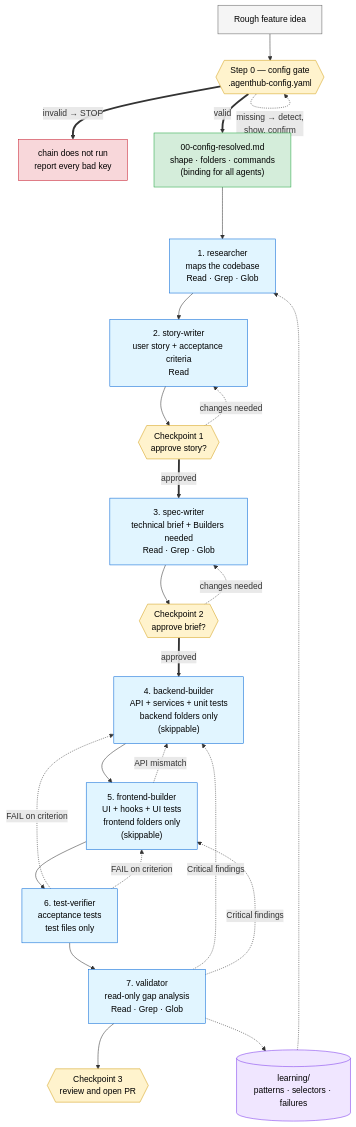
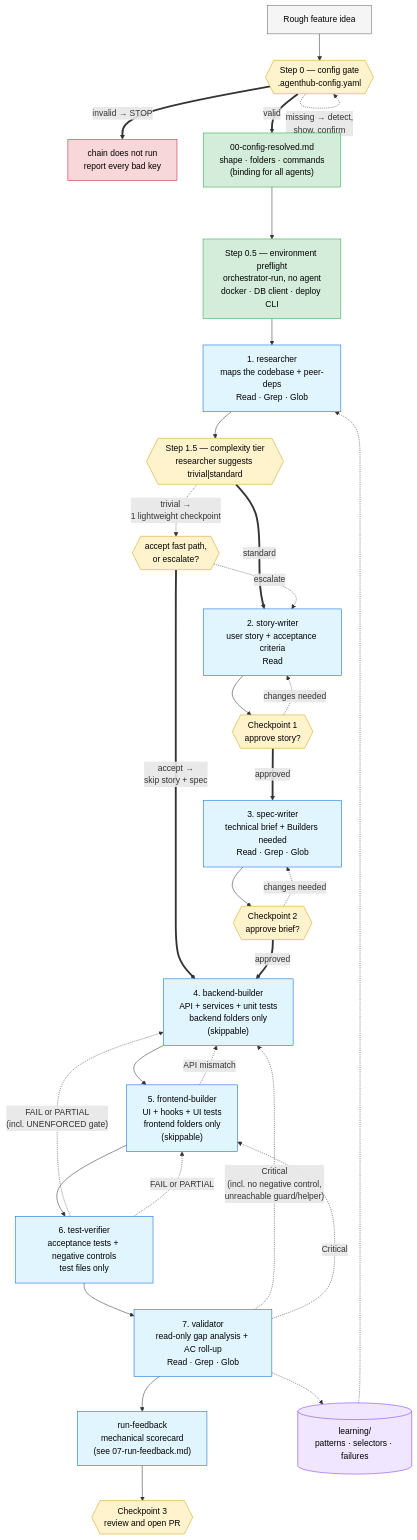
Before and after one commit to kpassoubady/agent-hub: the diagram in diagrams/01-factory-chain.md, drawn with Mermaid. The commit also changed other lines of this file and 54 other files, not shown here.

First line of the commit message:
release: v0.15.0 — run-feedback, hub-improve, adaptive-engine wrapper, and retrospective closures (#9)

````diff
--- a/diagrams/01-factory-chain.md
+++ b/diagrams/01-factory-chain.md
@@ -11,45 +13,55 @@
 ```mermaid
 flowchart TD
     Idea[Rough feature idea]
     Idea --> G0{{"Step 0 — config gate<br/>.agenthub-config.yaml"}}
     G0 -.->|"missing → detect,<br/>show, confirm"| G0
     G0 ==>|"invalid → STOP"| Halt["chain does not run<br/>report every bad key"]
     G0 ==>|valid| Resolved["00-config-resolved.md<br/>shape · folders · commands<br/>(binding for all agents)"]
-    Resolved --> R[1. researcher<br/>maps the codebase<br/>Read · Grep · Glob]
-    R --> SW[2. story-writer<br/>user story + acceptance criteria<br/>Read]
+    Resolved --> PF["Step 0.5 — environment preflight<br/>orchestrator-run, no agent<br/>docker · DB client · deploy CLI"]
+    PF --> R[1. researcher<br/>maps the codebase + peer-deps<br/>Read · Grep · Glob]
+    R --> Tier{{"Step 1.5 — complexity tier<br/>researcher suggests trivial|standard"}}
+    Tier ==>|standard| SW[2. story-writer<br/>user story + acceptance criteria<br/>Read]
+    Tier -.->|"trivial →<br/>1 lightweight checkpoint"| CPT{{"accept fast path,<br/>or escalate?"}}
+    CPT -.->|escalate| SW
+    CPT ==>|"accept →<br/>skip story + spec"| BE
     SW --> CP1{{Checkpoint 1<br/>approve story?}}
     CP1 -.->|changes needed| SW
     CP1 ==>|approved| SP[3. spec-writer<br/>technical brief + Builders needed<br/>Read · Grep · Glob]
     SP --> CP2{{Checkpoint 2<br/>approve brief?}}
     CP2 -.->|changes needed| SP
     CP2 ==>|approved| BE["4. backend-builder<br/>API + services + unit tests<br/>backend folders only<br/>(skippable)"]
     BE --> FE["5. frontend-builder<br/>UI + hooks + UI tests<br/>frontend folders only<br/>(skippable)"]
-    FE --> TV[6. test-verifier<br/>acceptance tests<br/>test files only]
-    TV --> V[7. validator<br/>read-only gap analysis<br/>Read · Grep · Glob]
-    V --> CP3{{Checkpoint 3<br/>review and open PR}}
+    FE --> TV["6. test-verifier<br/>acceptance tests + negative controls<br/>test files only"]
+    TV --> V["7. validator<br/>read-only gap analysis + AC roll-up<br/>Read · Grep · Glob"]
+    V --> RF["run-feedback<br/>mechanical scorecard<br/>(see 07-run-feedback.md)"]
+    RF --> CP3{{Checkpoint 3<br/>review and open PR}}
 
-    TV -.->|FAIL on criterion| BE
-    TV -.->|FAIL on criterion| FE
-    V -.->|Critical findings| BE
-    V -.->|Critical findings| FE
+    TV -.->|"FAIL or PARTIAL<br/>(incl. UNENFORCED gate)"| BE
+    TV -.->|"FAIL or PARTIAL"| FE
+    V -.->|"Critical<br/>(incl. no negative control,<br/>unreachable guard/helper)"| BE
+    V -.->|Critical| FE
     FE -.->|API mismatch| BE
 
     Learn[("learning/<br/>patterns · selectors · failures")] -.-> R
     V -.-> Learn
 
     style G0 fill:#fff3cd,stroke:#d4a017,color:#000
     style Halt fill:#f8d7da,stroke:#c82333,color:#000
     style Resolved fill:#d4edda,stroke:#28a745,color:#000
+    style PF fill:#d4edda,stroke:#28a745,color:#000
+    style Tier fill:#fff3cd,stroke:#d4a017,color:#000
+    style CPT fill:#fff3cd,stroke:#d4a017,color:#000
     style Idea fill:#f5f5f5,stroke:#666,color:#000
     style R fill:#e1f5ff,stroke:#0366d6,color:#000
     style SW fill:#e1f5ff,stroke:#0366d6,color:#000
     style SP fill:#e1f5ff,stroke:#0366d6,color:#000
     style BE fill:#e1f5ff,stroke:#0366d6,color:#000
     style FE fill:#e1f5ff,stroke:#0366d6,color:#000
     style TV fill:#e1f5ff,stroke:#0366d6,color:#000
     style V fill:#e1f5ff,stroke:#0366d6,color:#000
+    style RF fill:#e1f5ff,stroke:#0366d6,color:#000
     style CP1 fill:#fff3cd,stroke:#d4a017,color:#000
     style CP2 fill:#fff3cd,stroke:#d4a017,color:#000
     style CP3 fill:#fff3cd,stroke:#d4a017,color:#000
     style Learn fill:#f0e6ff,stroke:#7c3aed,color:#000
 ```
````
